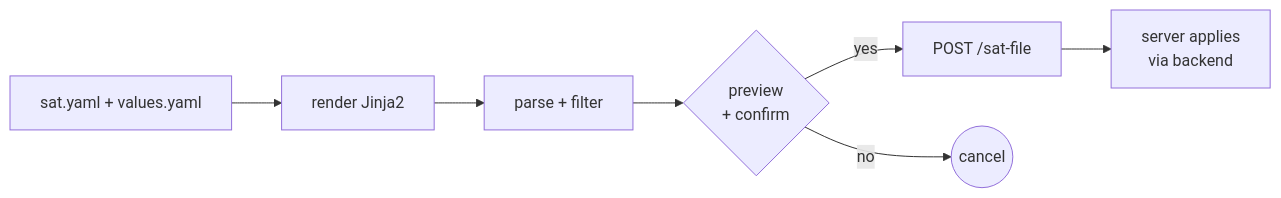
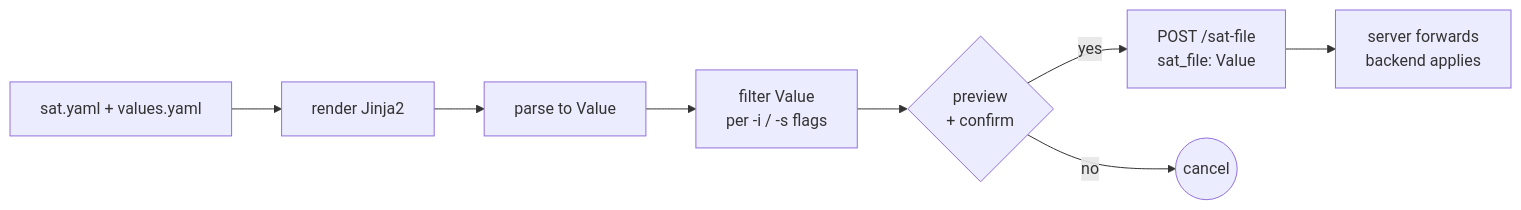
The diagram in GUIDE.md (eth-cscs/manta), drawn with Mermaid before and after one commit. The commit also changed other lines of this file and 13 other files, not shown here.

First line of the commit message:
refactor(sat-file): pipe parsed Value through trait; delete manta-shared SatFile

````diff
--- a/GUIDE.md
+++ b/GUIDE.md
@@ -116,9 +116,10 @@
 ```mermaid
 flowchart LR
   A[sat.yaml + values.yaml] --> B[render Jinja2]
-  B --> C[parse + filter]
-  C --> D{preview<br/>+ confirm}
-  D -->|yes| E[POST /sat-file]
-  D -->|no| X((cancel))
-  E --> F[server applies<br/>via backend]
+  B --> C[parse to Value]
+  C --> D[filter Value<br/>per -i / -s flags]
+  D --> E{preview<br/>+ confirm}
+  E -->|yes| F[POST /sat-file<br/>sat_file: Value]
+  E -->|no| X((cancel))
+  F --> G[server forwards<br/>backend applies]
 ```
````
